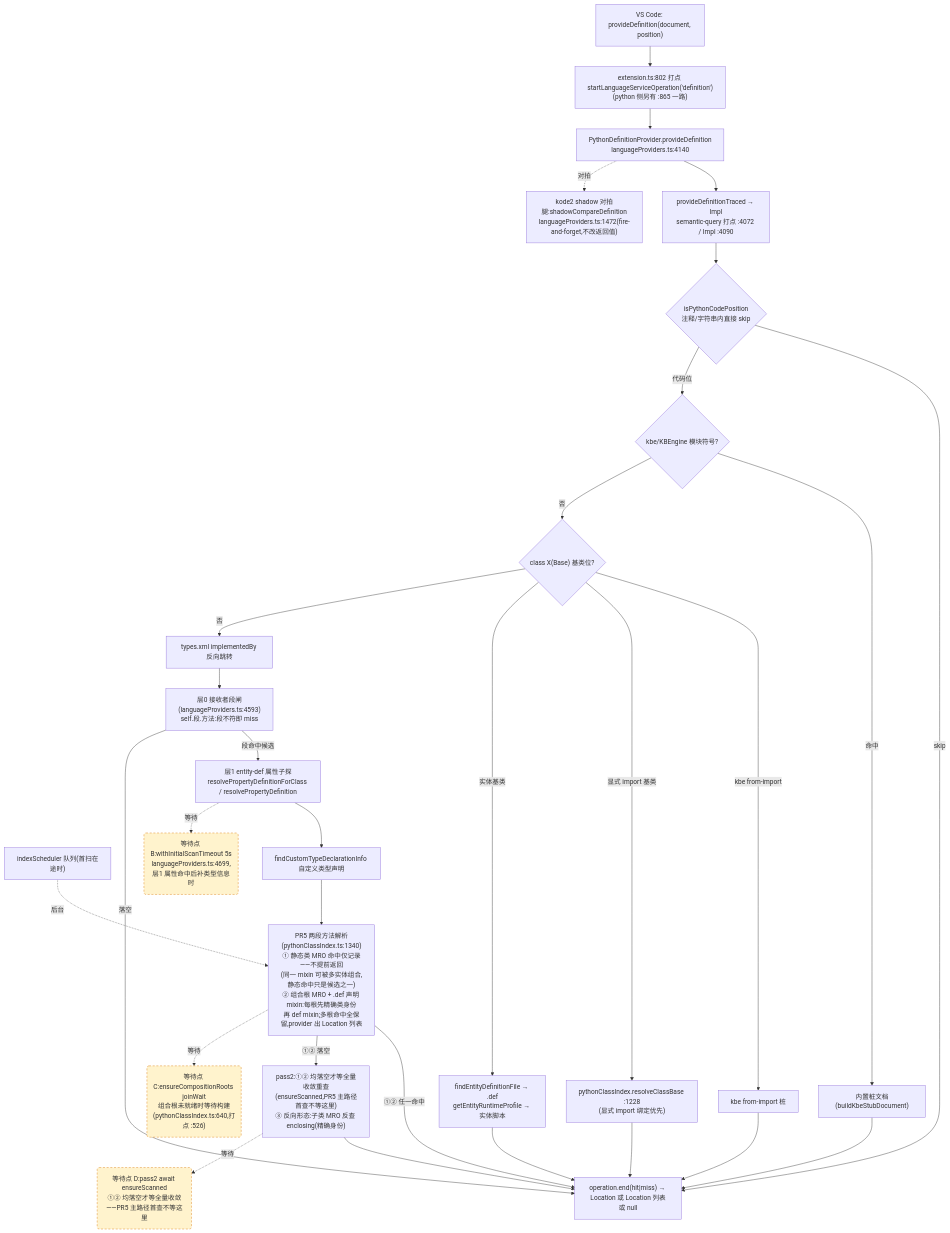
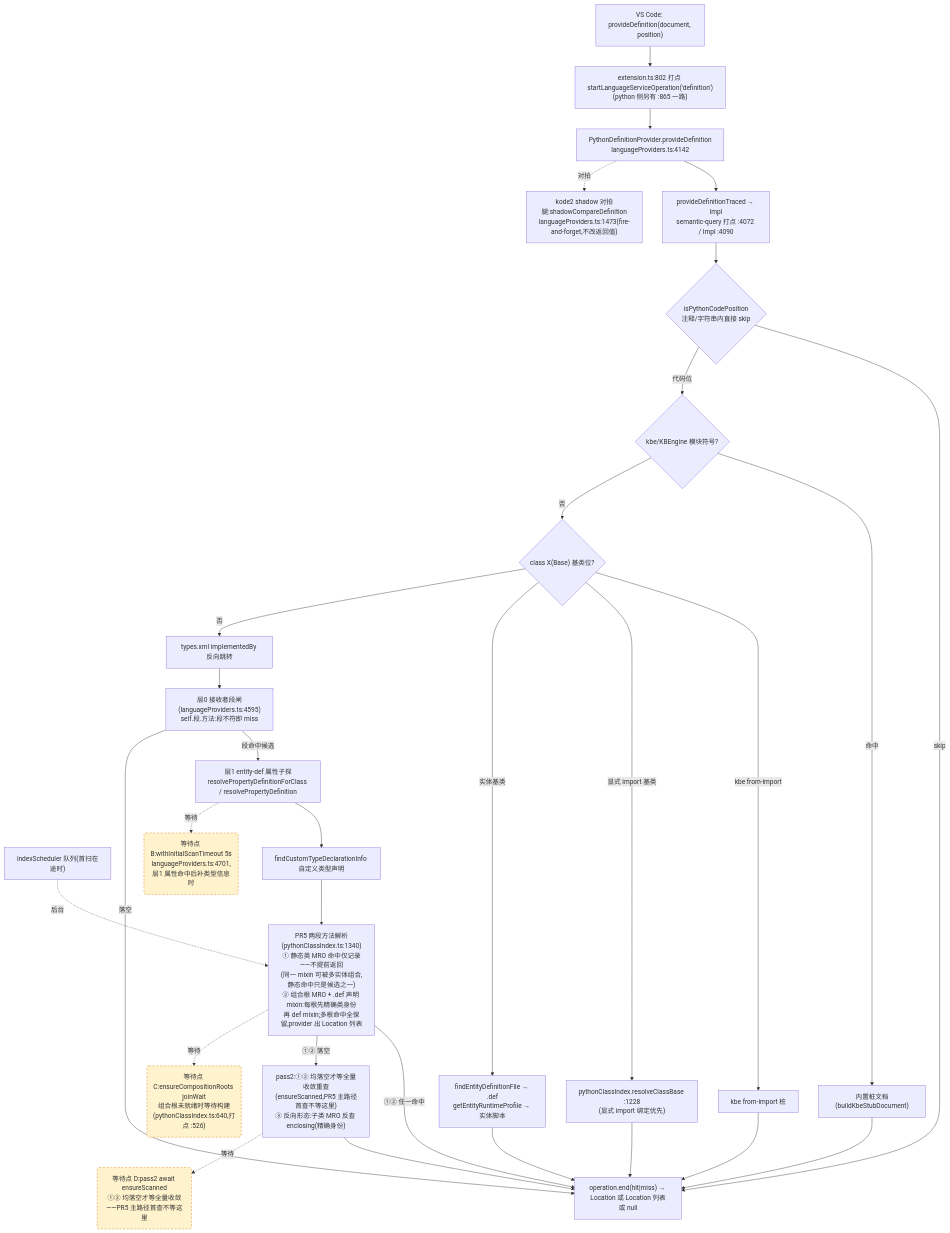
One commit to cuihairu/kode changed the second of 4 diagrams in docs/perf/2026-baseline.md. Above: the diagram before and after it, drawn with Mermaid. The commit also changed other lines of this file and 4 other files, not shown here.

````diff
--- a/docs/perf/2026-baseline.md
+++ b/docs/perf/2026-baseline.md
@@ -130,51 +130,51 @@
 ```mermaid
 flowchart TD
   VC2["VS Code: provideDefinition(document, position)"]
   M2["extension.ts:802 打点 startLanguageServiceOperation('definition')<br/>(python 侧另有 :865 一路)"]
-  AD2["PythonDefinitionProvider.provideDefinition<br/>languageProviders.ts:4140"]
+  AD2["PythonDefinitionProvider.provideDefinition<br/>languageProviders.ts:4142"]
   TR["provideDefinitionTraced → Impl<br/>semantic-query 打点 :4072 / Impl :4090"]
   CTX{"isPythonCodePosition<br/>注释/字符串内直接 skip"}
   KBE{"kbe/KBEngine 模块符号?"}
   STUB["内置桩文档(buildKbeStubDocument)"]
   CB{"class X(Base) 基类位?"}
   CB1["kbe from-import 桩"]
   CB2["pythonClassIndex.resolveClassBase :1228<br/>(显式 import 绑定优先)"]
   CB3["findEntityDefinitionFile → .def<br/>getEntityRuntimeProfile → 实体脚本"]
   REV["types.xml implementedBy 反向跳转"]
-  L0["层0 接收者段闸(languageProviders.ts:4593)<br/>self.段.方法:段不符即 miss"]
+  L0["层0 接收者段闸(languageProviders.ts:4595)<br/>self.段.方法:段不符即 miss"]
   L1["层1 entity-def 属性子探<br/>resolvePropertyDefinitionForClass / resolvePropertyDefinition"]
   SCAN["indexScheduler 队列(首扫在途时)"]
   TY["findCustomTypeDeclarationInfo 自定义类型声明"]
   MRO["PR5 两段方法解析(pythonClassIndex.ts:1340)<br/>① 静态类 MRO 命中仅记录——不提前返回<br/>(同一 mixin 可被多实体组合,静态命中只是候选之一)<br/>② 组合根 MRO + .def 声明 mixin:每根先精确类身份<br/>再 def mixin;多根命中全保留,provider 出 Location 列表"]
   PASS2["pass2:①② 均落空才等全量收敛重查<br/>(ensureScanned,PR5 主路径首查不等这里)<br/>③ 反向形态:子类 MRO 反查 enclosing(精确身份)"]
-  SHD["kode2 shadow 对拍腿:shadowCompareDefinition<br/>languageProviders.ts:1472(fire-and-forget,不改返回值)"]
+  SHD["kode2 shadow 对拍腿:shadowCompareDefinition<br/>languageProviders.ts:1473(fire-and-forget,不改返回值)"]
   END2["operation.end(hit|miss) → Location 或 Location 列表或 null"]
 
   VC2 --> M2 --> AD2 --> TR --> CTX
   CTX -- "skip" --> END2
   CTX -- "代码位" --> KBE
   KBE -- "命中" --> STUB --> END2
   KBE -- "否" --> CB
   CB -- "kbe from-import" --> CB1 --> END2
   CB -- "显式 import 基类" --> CB2 --> END2
   CB -- "实体基类" --> CB3 --> END2
   CB -- "否" --> REV --> L0
   L0 -- "段命中候选" --> L1
   L0 -- "落空" --> END2
   L1 --> TY
   TY --> MRO
   MRO -- "①② 任一命中" --> END2
   MRO -- "①② 落空" --> PASS2 --> END2
   AD2 -.->|对拍| SHD
 
-  WAITB("等待点 B:withInitialScanTimeout 5s<br/>languageProviders.ts:4699,层1 属性命中后补类型信息时")
+  WAITB("等待点 B:withInitialScanTimeout 5s<br/>languageProviders.ts:4701,层1 属性命中后补类型信息时")
   WAITC("等待点 C:ensureCompositionRoots joinWait<br/>组合根未就绪时等待构建(pythonClassIndex.ts:640,打点 :526)")
   WAITD("等待点 D:pass2 await ensureScanned<br/>①② 均落空才等全量收敛——PR5 主路径首查不等这里")
   L1 -.->|等待| WAITB
   MRO -.->|等待| WAITC
   PASS2 -.->|等待| WAITD
   SCAN -.->|后台| MRO
 
   classDef waitPoint fill:#fff3cd,stroke:#d97706,stroke-dasharray:5 4;
   class WAITB,WAITC,WAITD waitPoint;
 ```
````
